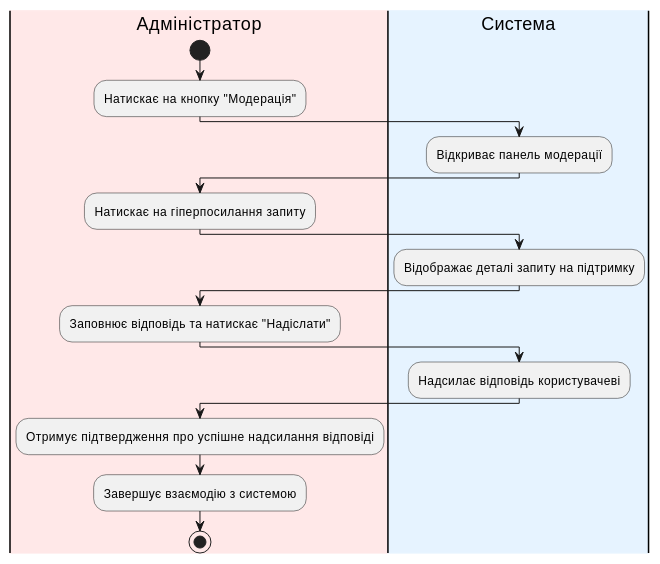
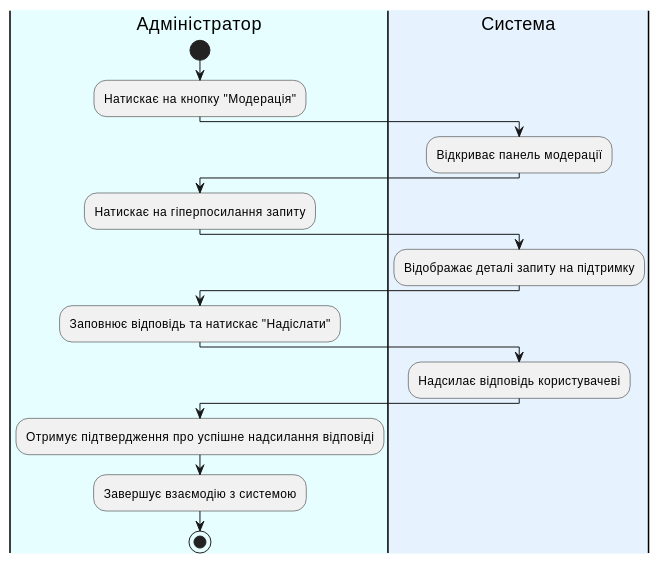
Diagram 25 of 27 in docs/use cases/README.md (wiiiolettaaaaa/coursework_database), drawn with PlantUML before and after one commit. The commit also changed other lines of this file, not shown here.

```diff
--- a/docs/use cases/README.md
+++ b/docs/use cases/README.md
@@ -1171,28 +1170,28 @@
 @startuml
 
-|#ffe8e8|Адміністратор|
+|#e6feff|Адміністратор|
 start;
 :Натискає на кнопку "Модерація";
 
 |#e6f3ff|Система|
 :Відкриває панель модерації;
 
 |Адміністратор|
 :Натискає на гіперпосилання запиту;
 
 |Система|
 :Відображає деталі запиту на підтримку;
 
 |Адміністратор|
 :Заповнює відповідь та натискає "Надіслати";
 
 |Система|
 :Надсилає відповідь користувачеві;
 
 |Адміністратор|
 :Отримує підтвердження про успішне надсилання відповіді;
 
 :Завершує взаємодію з системою;
 stop;
 
 @enduml
```
